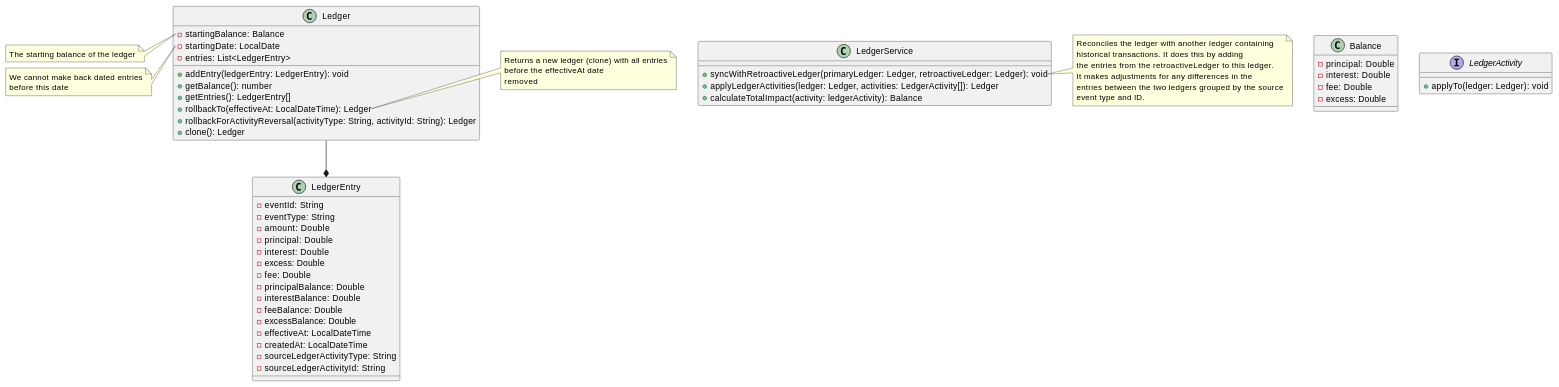
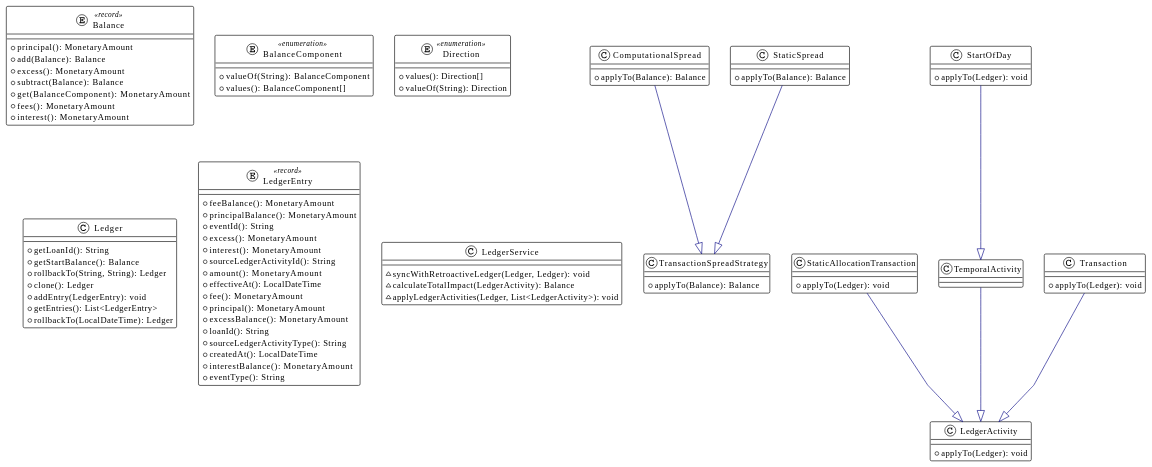
Before and after one commit to v1bh0r/precise-ledger-pro: the first of 2 diagrams in ARCHITECTURE.md, drawn with PlantUML. The commit also changed 22 other files, not shown here.

````diff
--- a/ARCHITECTURE.md
+++ b/ARCHITECTURE.md
@@ -3,76 +3,88 @@
 ```plantuml
 @startuml
-class Balance {
-  - principal: Double
-  - interest: Double
-  - fee: Double
-  - excess: Double
+
+!theme plain
+top to bottom direction
+skinparam linetype polyline
+
+entity Balance << record >> {
+  + principal(): MonetaryAmount
+  + add(Balance): Balance
+  + excess(): MonetaryAmount
+  + subtract(Balance): Balance
+  + get(BalanceComponent): MonetaryAmount
+  + fees(): MonetaryAmount
+  + interest(): MonetaryAmount
+}
+enum BalanceComponent << enumeration >> {
+  + valueOf(String): BalanceComponent
+  + values(): BalanceComponent[]
+}
+class ComputationalSpread {
+  + applyTo(Balance): Balance
+}
+enum Direction << enumeration >> {
+  + values(): Direction[]
+  + valueOf(String): Direction
+}
+class Ledger {
+  + getLoanId(): String
+  + getStartBalance(): Balance
+  + rollbackTo(String, String): Ledger
+  + clone(): Ledger
+  + addEntry(LedgerEntry): void
+  + getEntries(): List<LedgerEntry>
+  + rollbackTo(LocalDateTime): Ledger
+}
+class LedgerActivity {
+  + applyTo(Ledger): void
+}
+entity LedgerEntry << record >> {
+  + feeBalance(): MonetaryAmount
+  + principalBalance(): MonetaryAmount
+  + eventId(): String
+  + excess(): MonetaryAmount
+  + interest(): MonetaryAmount
+  + sourceLedgerActivityId(): String
+  + amount(): MonetaryAmount
+  + effectiveAt(): LocalDateTime
+  + fee(): MonetaryAmount
+  + principal(): MonetaryAmount
+  + excessBalance(): MonetaryAmount
+  + loanId(): String
+  + sourceLedgerActivityType(): String
+  + createdAt(): LocalDateTime
+  + interestBalance(): MonetaryAmount
+  + eventType(): String
+}
+class LedgerService {
+  ~ syncWithRetroactiveLedger(Ledger, Ledger): void
+  ~ calculateTotalImpact(LedgerActivity): Balance
+  ~ applyLedgerActivities(Ledger, List<LedgerActivity>): void
+}
+class StartOfDay {
+  + applyTo(Ledger): void
+}
+class StaticAllocationTransaction {
+  + applyTo(Ledger): void
+}
+class StaticSpread {
+  + applyTo(Balance): Balance
+}
+class TemporalActivity
+class Transaction {
+  + applyTo(Ledger): void
+}
+class TransactionSpreadStrategy {
+  + applyTo(Balance): Balance
 }
 
-class "Ledger" as ledger {
-  - startingBalance: Balance 
-  - startingDate: LocalDate
-  - entries: List<LedgerEntry>
-  + addEntry(ledgerEntry: LedgerEntry): void
-  + getBalance(): number
-  + getEntries(): LedgerEntry[]
-  + rollbackTo(effectiveAt: LocalDateTime): Ledger
-  + rollbackForActivityReversal(activityType: String, activityId: String): Ledger
-  + clone(): Ledger
-}
+ComputationalSpread          -[#000082,plain]-^  TransactionSpreadStrategy   
+StartOfDay                   -[#000082,plain]-^  TemporalActivity            
+StaticAllocationTransaction  -[#000082,plain]-^  LedgerActivity              
+StaticSpread                 -[#000082,plain]-^  TransactionSpreadStrategy   
+TemporalActivity             -[#000082,plain]-^  LedgerActivity              
+Transaction                  -[#000082,plain]-^  LedgerActivity              
+@enduml
 
-class "LedgerService" as ledgerService {
-  + syncWithRetroactiveLedger(primaryLedger: Ledger, retroactiveLedger: Ledger): void
-  + applyLedgerActivities(ledger: Ledger, activities: LedgerActivity[]): Ledger
-  + calculateTotalImpact(activity: ledgerActivity): Balance
-}
-
-note left of ledger::startingBalance
-  The starting balance of the ledger
-end note
-
-note left of ledger::startingDate
-  We cannot make back dated entries
-  before this date
-end note
-
-note right of ledger::rollbackTo
-  Returns a new ledger (clone) with all entries
-  before the effectiveAt date
-  removed
-end note
-
-note right of ledgerService::syncWithRetroactiveLedger
-  Reconciles the ledger with another ledger containing
-  historical transactions. It does this by adding 
-  the entries from the retroactiveLedger to this ledger.
-  It makes adjustments for any differences in the 
-  entries between the two ledgers grouped by the source
-  event type and ID.
-end note
-
-class "LedgerEntry" as ledgerEntry {
-    - eventId: String
-    - eventType: String
-    - amount: Double
-    - principal: Double
-    - interest: Double
-    - excess: Double
-    - fee: Double
-    - principalBalance: Double
-    - interestBalance: Double
-    - feeBalance: Double
-    - excessBalance: Double
-    - effectiveAt: LocalDateTime
-    - createdAt: LocalDateTime
-    - sourceLedgerActivityType: String
-    - sourceLedgerActivityId: String
-}
-
-ledger --* ledgerEntry
-
-interface "LedgerActivity" as ledgerActivity {
-    + applyTo(ledger: Ledger): void
-}
-@enduml
 ```
````
